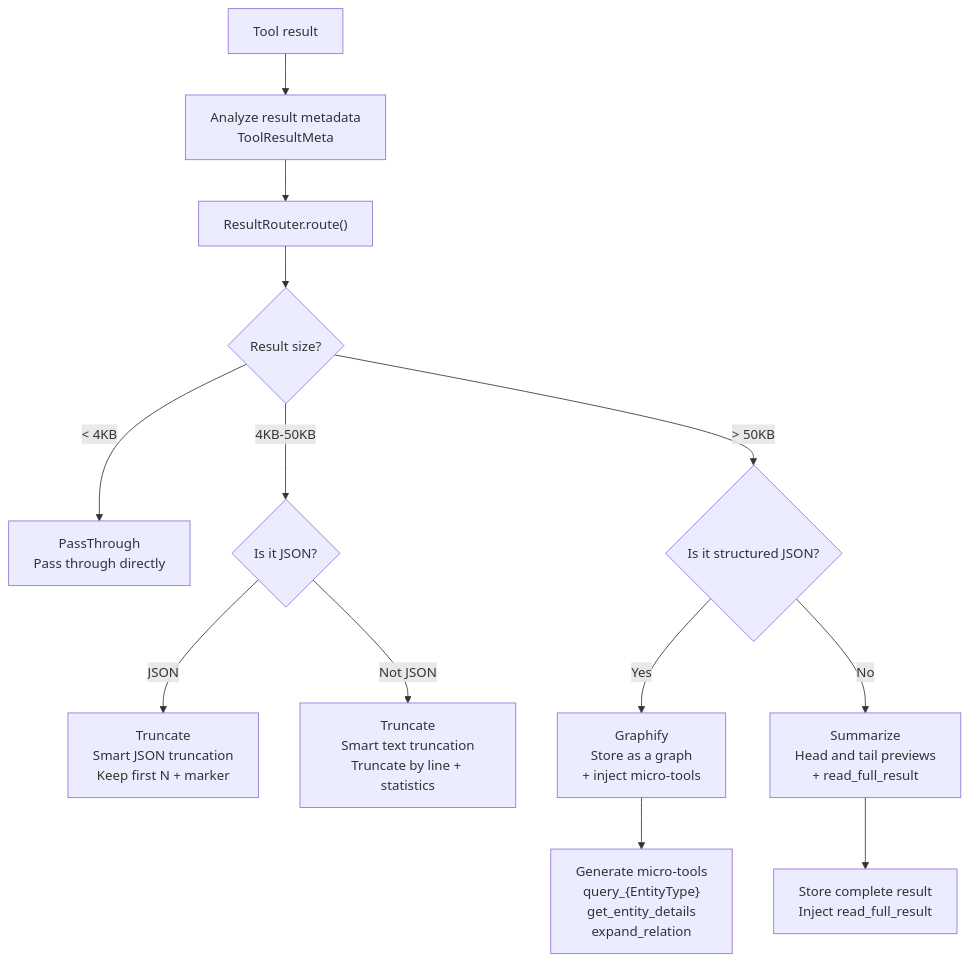
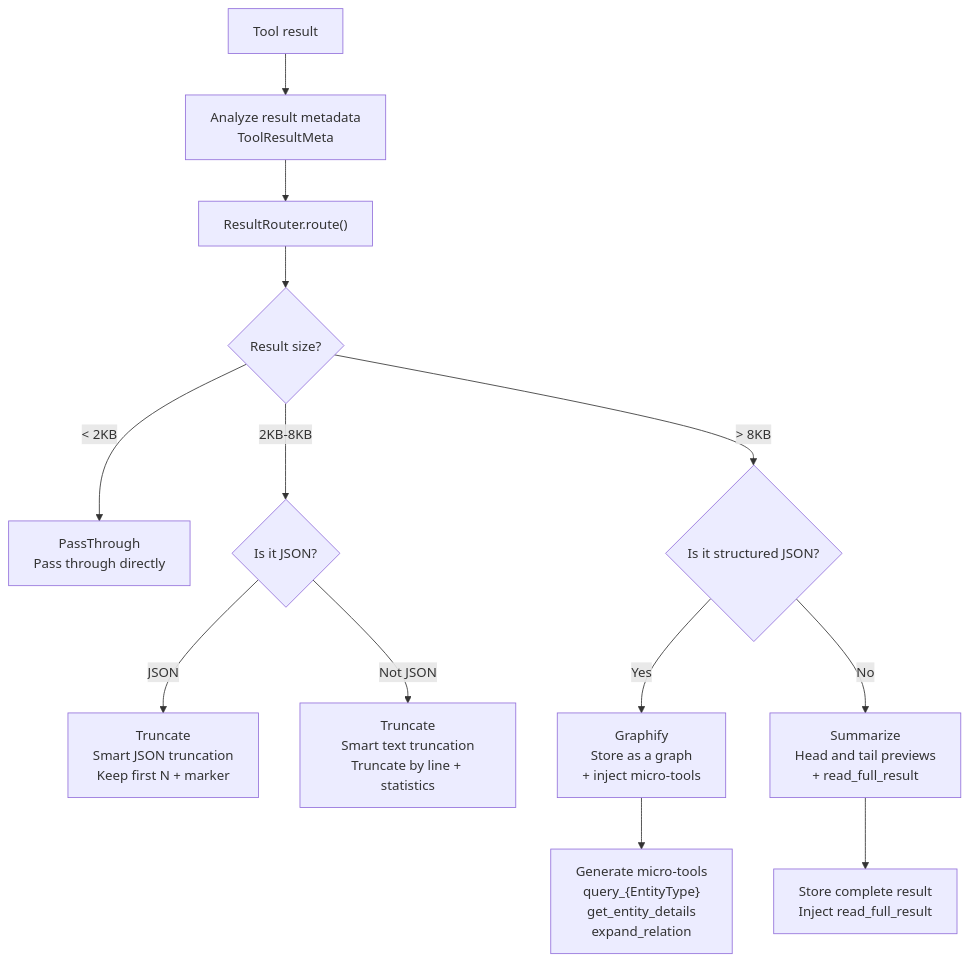
The first of 3 diagrams in docs/08-result-router.md (skaiy/wild_agentos), drawn with Mermaid before and after one commit. The commit also changed 27 other files, not shown here.

````diff
--- a/docs/08-result-router.md
+++ b/docs/08-result-router.md
@@ -16,19 +16,19 @@
 ```mermaid
 flowchart TD
     INPUT["Tool result"] --> META["Analyze result metadata<br/>ToolResultMeta"]
     META --> ROUTER["ResultRouter.route()"]
     ROUTER --> SIZE{"Result size?"}
 
-    SIZE -->|"< 4KB"| PASS["PassThrough<br/>Pass through directly"]
-    SIZE -->|"4KB-50KB"| STRUCT{"Is it JSON?"}
+    SIZE -->|"< 2KB"| PASS["PassThrough<br/>Pass through directly"]
+    SIZE -->|"2KB-8KB"| STRUCT{"Is it JSON?"}
 
     STRUCT -->|"JSON"| TRUNC_J["Truncate<br/>Smart JSON truncation<br/>Keep first N + marker"]
     STRUCT -->|"Not JSON"| TRUNC_T["Truncate<br/>Smart text truncation<br/>Truncate by line + statistics"]
 
-    SIZE -->|"> 50KB"| LARGE_STRUCT{"Is it structured JSON?"}
+    SIZE -->|"> 8KB"| LARGE_STRUCT{"Is it structured JSON?"}
     LARGE_STRUCT -->|"Yes"| GRAPHIFY["Graphify<br/>Store as a graph<br/>+ inject micro-tools"]
     LARGE_STRUCT -->|"No"| SUMMARIZE["Summarize<br/>Head and tail previews<br/>+ read_full_result"]
 
     GRAPHIFY --> MT["Generate micro-tools<br/>query_{EntityType}<br/>get_entity_details<br/>expand_relation"]
     SUMMARIZE --> STORE["Store complete result<br/>Inject read_full_result"]
 ```
````
